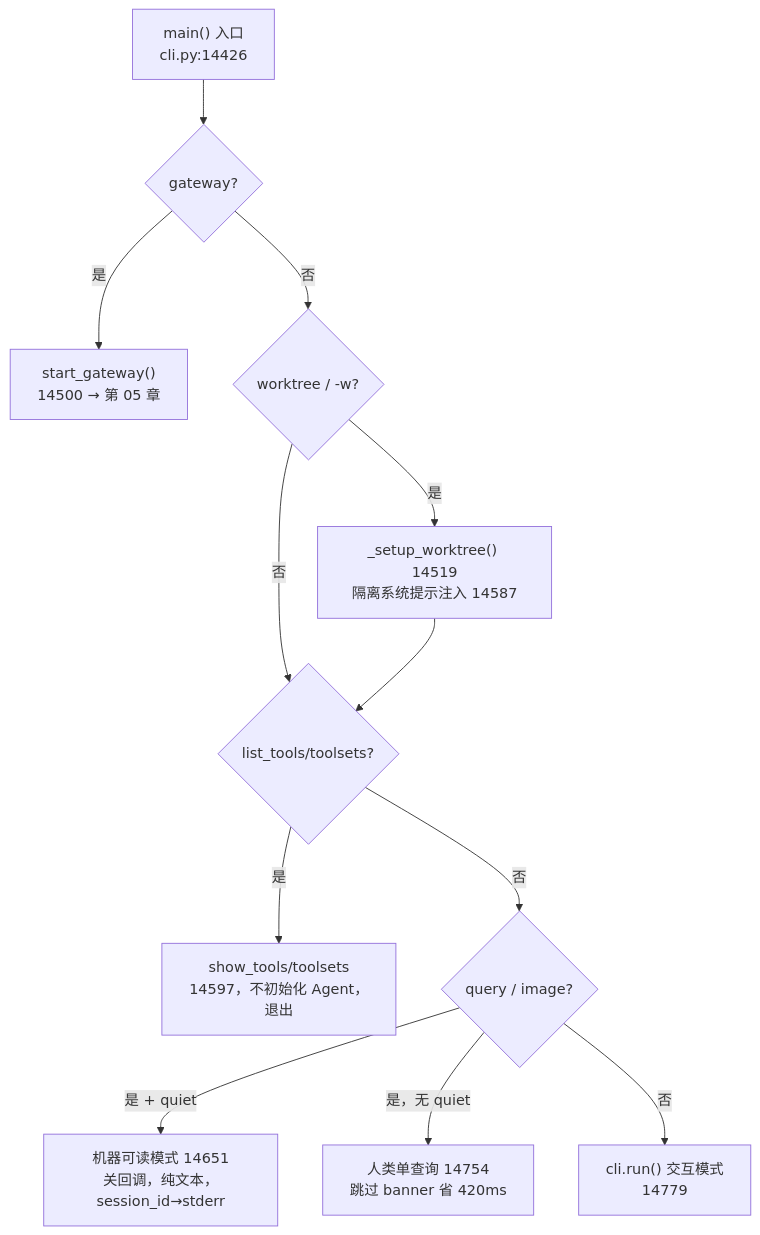
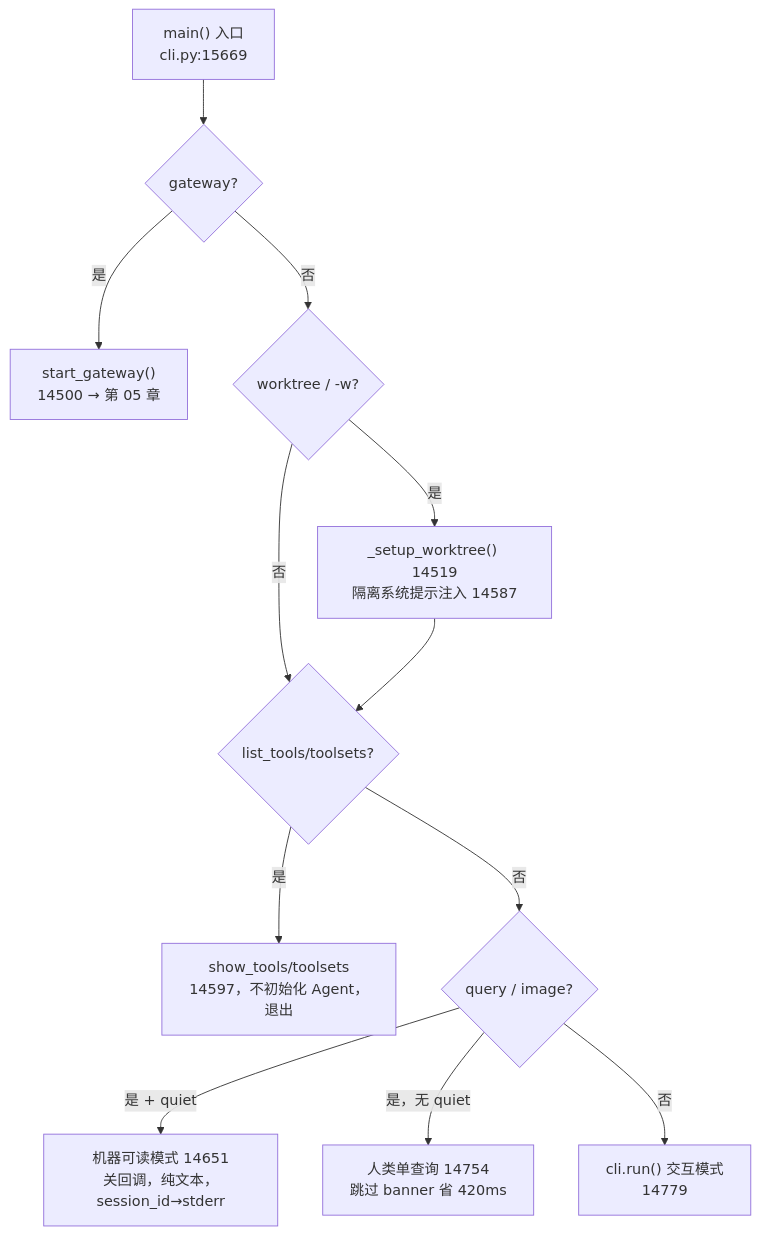
The fourth of 5 diagrams in docs/zh/10-交互界面与运行模式.md (fang-lin/hermes-agent-code-analysis), drawn with Mermaid before and after one commit. The commit also changed other lines of this file, not shown here.

Commit message:
10 章更新至 v0.18.2：cli.py 锚点全面重测；web_server 桌面后端成节；tui_gateway 11 文件；STT 六级回退链

````diff
--- a/docs/zh/10-交互界面与运行模式.md
+++ b/docs/zh/10-交互界面与运行模式.md
@@ -344,14 +344,14 @@
 ```mermaid
 flowchart TD
-    START["main() 入口<br/>cli.py:14426"] --> G{"gateway?"}
+    START["main() 入口<br/>cli.py:15669"] --> G{"gateway?"}
     G -->|是| GW["start_gateway()<br/>14500 → 第 05 章"]
     G -->|否| WT{"worktree / -w?"}
     WT -->|是| WTS["_setup_worktree() 14519<br/>隔离系统提示注入 14587"]
     WT -->|否| LS{"list_tools/toolsets?"}
     WTS --> LS
     LS -->|是| LST["show_tools/toolsets<br/>14597，不初始化 Agent，退出"]
     LS -->|否| QRY{"query / image?"}
     QRY -->|"是 + quiet"| MQ["机器可读模式 14651<br/>关回调，纯文本，session_id→stderr"]
     QRY -->|"是，无 quiet"| HQ["人类单查询 14754<br/>跳过 banner 省 420ms"]
     QRY -->|否| RUN["cli.run() 交互模式<br/>14779"]
 ```
````
